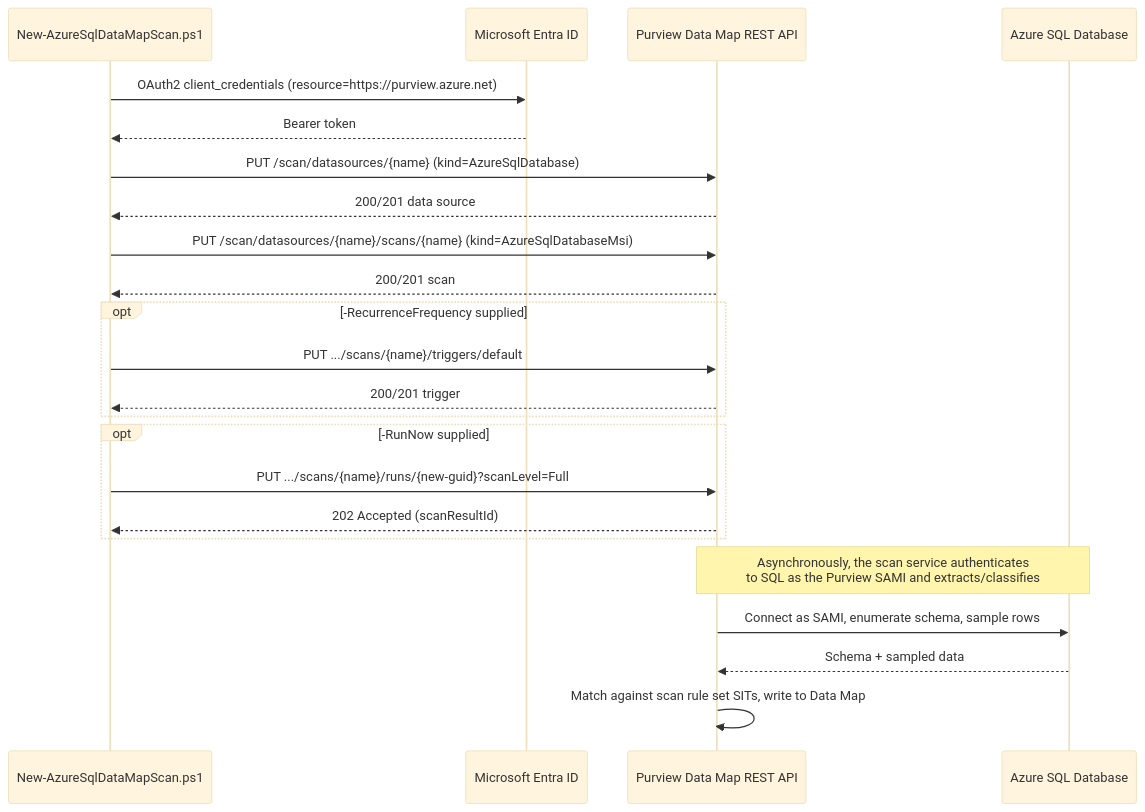
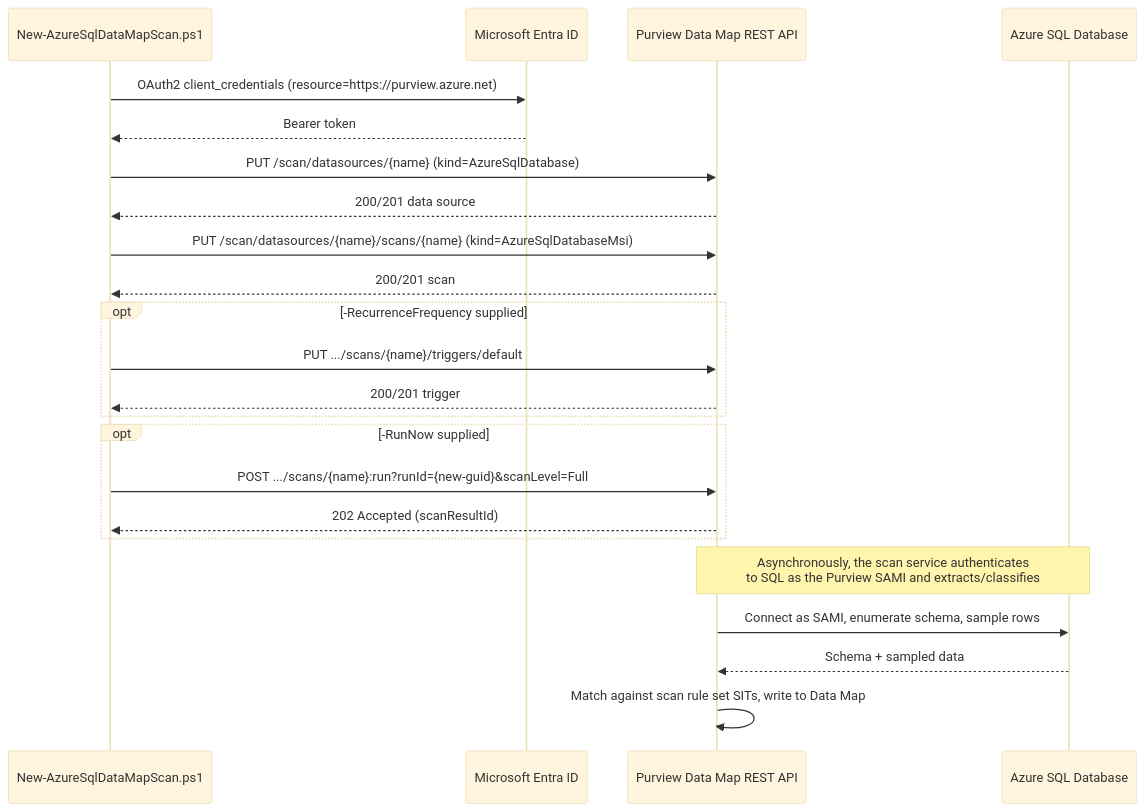
One commit to kpsec1/purview-scenario-library changed the diagram in scenarios/data-map/scan-azure-sql-and-classify/design.md. Above: the diagram before and after it, drawn with Mermaid (base theme). The commit also changed other lines of this file and 5 other files, not shown here.

First line of the commit message:
fix(data-map): correct Run Scan / List Scan History REST shapes in scan-azure-sql-and-classify

````diff
--- a/scenarios/data-map/scan-azure-sql-and-classify/design.md
+++ b/scenarios/data-map/scan-azure-sql-and-classify/design.md
@@ -74,26 +74,26 @@
 ```mermaid
 sequenceDiagram
     participant Script as New-AzureSqlDataMapScan.ps1
     participant AAD as Microsoft Entra ID
     participant API as Purview Data Map REST API
     participant SQL as Azure SQL Database
 
     Script->>AAD: OAuth2 client_credentials (resource=https://purview.azure.net)
     AAD-->>Script: Bearer token
     Script->>API: PUT /scan/datasources/{name} (kind=AzureSqlDatabase)
     API-->>Script: 200/201 data source
     Script->>API: PUT /scan/datasources/{name}/scans/{name} (kind=AzureSqlDatabaseMsi)
     API-->>Script: 200/201 scan
     opt -RecurrenceFrequency supplied
         Script->>API: PUT .../scans/{name}/triggers/default
         API-->>Script: 200/201 trigger
     end
     opt -RunNow supplied
-        Script->>API: PUT .../scans/{name}/runs/{new-guid}?scanLevel=Full
+        Script->>API: POST .../scans/{name}:run?runId={new-guid}&scanLevel=Full
         API-->>Script: 202 Accepted (scanResultId)
     end
     Note over API,SQL: Asynchronously, the scan service authenticates<br/>to SQL as the Purview SAMI and extracts/classifies
     API->>SQL: Connect as SAMI, enumerate schema, sample rows
     SQL-->>API: Schema + sampled data
     API->>API: Match against scan rule set SITs, write to Data Map
 ```
````
